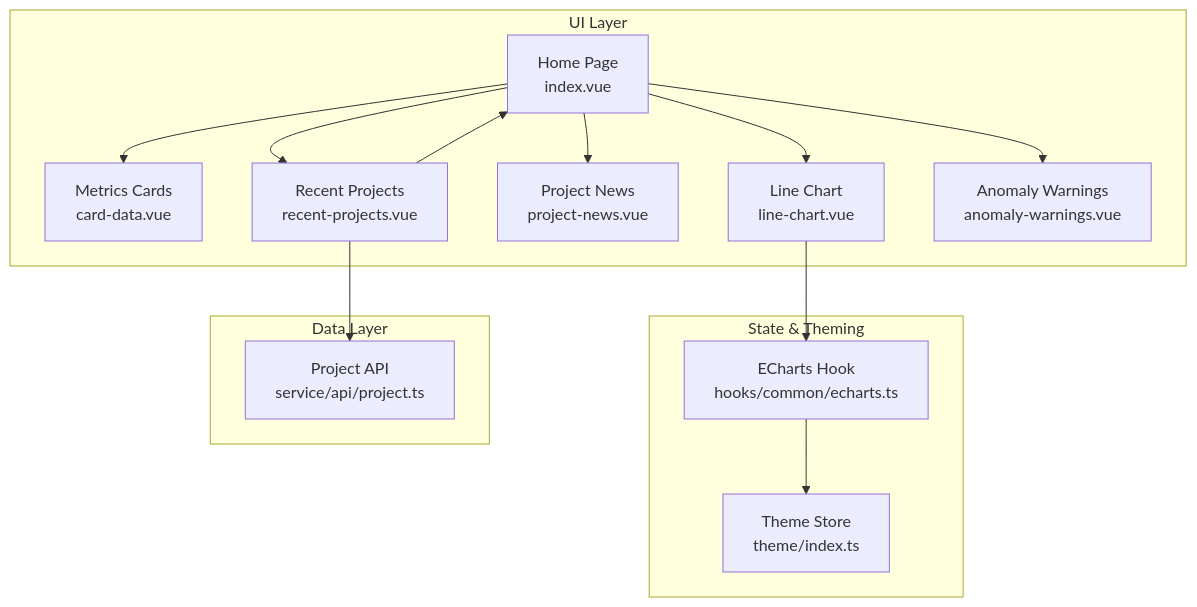
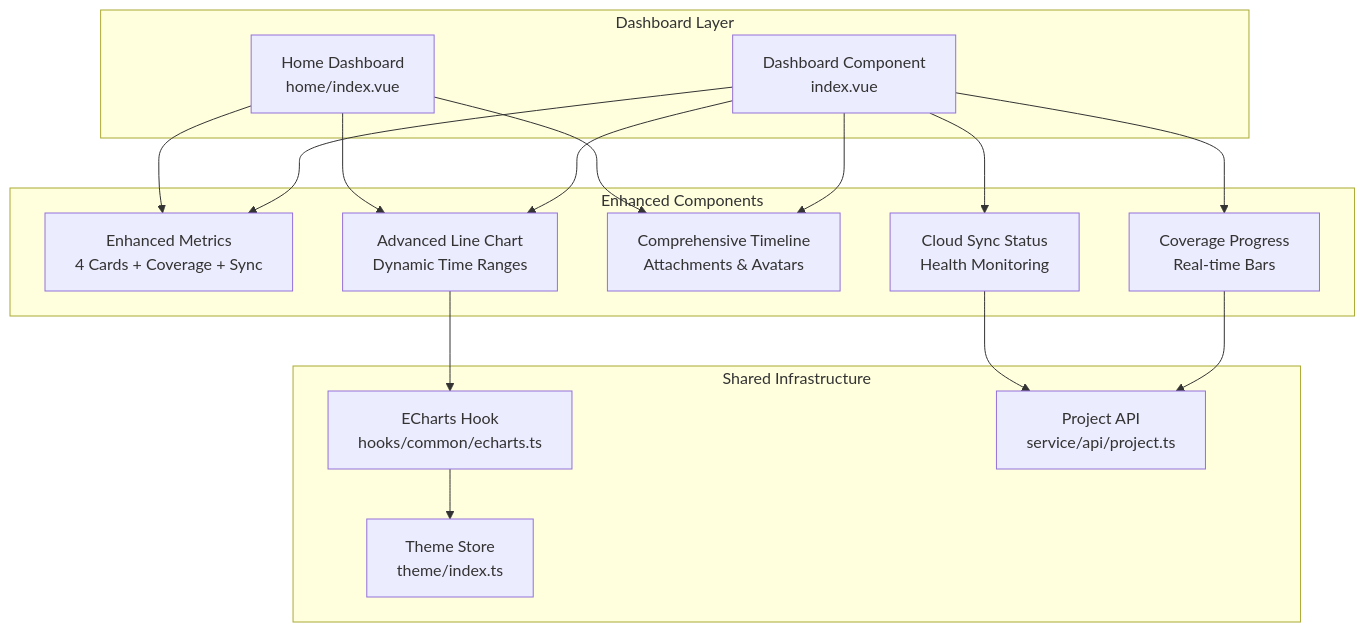
Before and after one commit to bo961386926/Survey-App: the second of 4 diagrams in .qoder/repowiki/en/content/Desktop Admin Interface/Dashboard & Analytics.md, drawn with Mermaid. The commit also changed other lines of this file and 25 other files, not shown here.

````diff
--- a/.qoder/repowiki/en/content/Desktop Admin Interface/Dashboard & Analytics.md
+++ b/.qoder/repowiki/en/content/Desktop Admin Interface/Dashboard & Analytics.md
@@ -83,27 +106,31 @@
 ```mermaid
 graph TB
-subgraph "UI Layer"
-Home["Home Page<br/>index.vue"]
-Cards["Metrics Cards<br/>card-data.vue"]
-Chart["Line Chart<br/>line-chart.vue"]
-News["Project News<br/>project-news.vue"]
-Projects["Recent Projects<br/>recent-projects.vue"]
-Warnings["Anomaly Warnings<br/>anomaly-warnings.vue"]
+subgraph "Dashboard Layer"
+Dashboard["Dashboard Component<br/>index.vue"]
+HomeDashboard["Home Dashboard<br/>home/index.vue"]
 end
-subgraph "State & Theming"
+subgraph "Enhanced Components"
+Metrics["Enhanced Metrics<br/>4 Cards + Coverage + Sync"]
+Chart["Advanced Line Chart<br/>Dynamic Time Ranges"]
+Activity["Comprehensive Timeline<br/>Attachments & Avatars"]
+Coverage["Coverage Progress<br/>Real-time Bars"]
+CloudSync["Cloud Sync Status<br/>Health Monitoring"]
+end
+subgraph "Shared Infrastructure"
 ThemeStore["Theme Store<br/>theme/index.ts"]
 EChartsHook["ECharts Hook<br/>hooks/common/echarts.ts"]
+API["Project API<br/>service/api/project.ts"]
 end
-subgraph "Data Layer"
-ProjectAPI["Project API<br/>service/api/project.ts"]
-end
-Home --> Cards
-Home --> Chart
-Home --> News
-Home --> Projects
-Home --> Warnings
+Dashboard --> Metrics
+Dashboard --> Chart
+Dashboard --> Activity
+Dashboard --> Coverage
+Dashboard --> CloudSync
+HomeDashboard --> Metrics
+HomeDashboard --> Chart
+HomeDashboard --> Activity
 Chart --> EChartsHook
 EChartsHook --> ThemeStore
-Projects --> ProjectAPI
-Projects --> Home
+Coverage --> API
+CloudSync --> API
 ```
````
